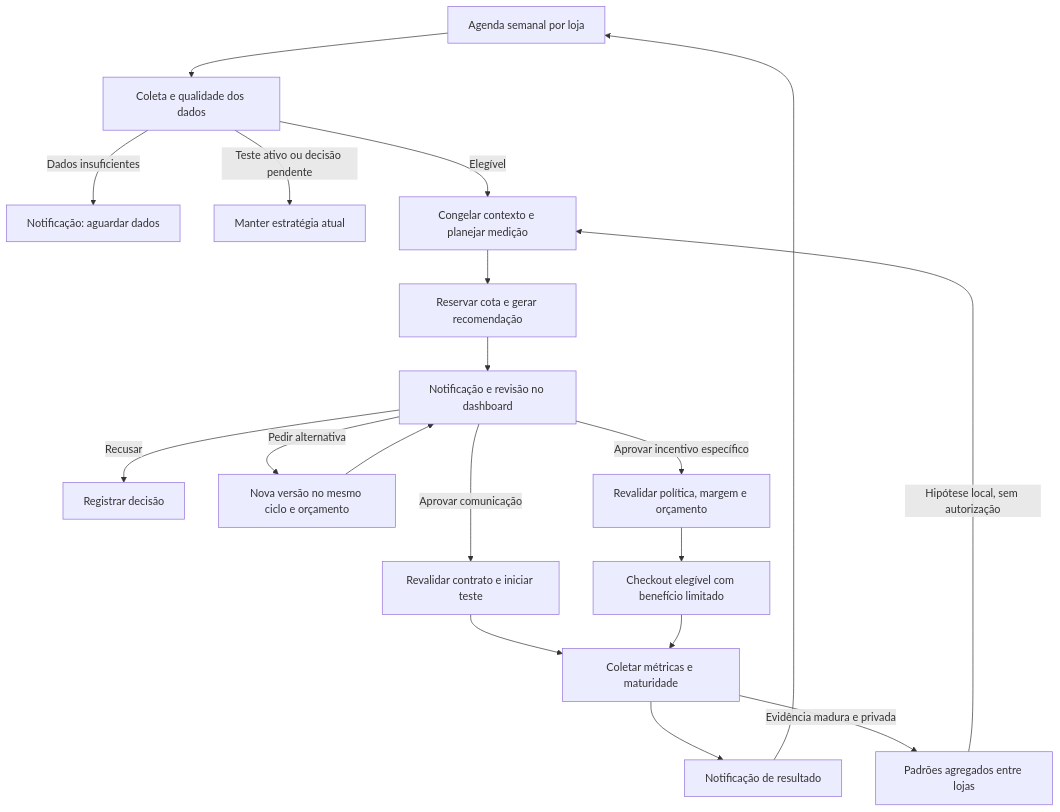
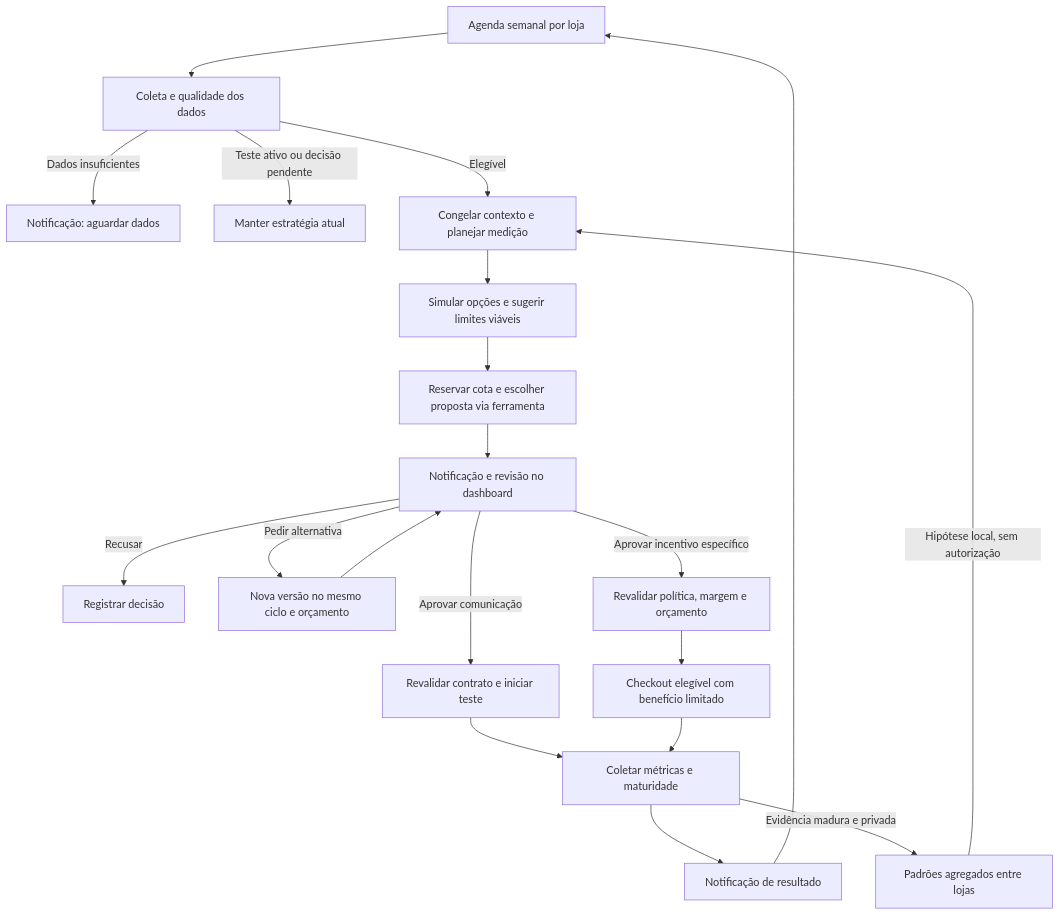
The diagram in docs/architecture/revenue-intelligence.md (costaadiego1989/zyon), drawn with Mermaid before and after one commit. The commit also changed other lines of this file and 2 other files, not shown here.

````diff
--- a/docs/architecture/revenue-intelligence.md
+++ b/docs/architecture/revenue-intelligence.md
@@ -15,21 +15,22 @@
 ```mermaid
 flowchart TD
     A[Agenda semanal por loja] --> B[Coleta e qualidade dos dados]
     B -->|Dados insuficientes| C[Notificação: aguardar dados]
     B -->|Teste ativo ou decisão pendente| D[Manter estratégia atual]
     B -->|Elegível| E[Congelar contexto e planejar medição]
-    E --> F[Reservar cota e gerar recomendação]
+    E --> E1[Simular opções e sugerir limites viáveis]
+    E1 --> F[Reservar cota e escolher proposta via ferramenta]
     F --> G[Notificação e revisão no dashboard]
     G -->|Recusar| H[Registrar decisão]
     G -->|Pedir alternativa| I[Nova versão no mesmo ciclo e orçamento]
     I --> G
     G -->|Aprovar comunicação| J[Revalidar contrato e iniciar teste]
     G -->|Aprovar incentivo específico| K[Revalidar política, margem e orçamento]
     K --> L[Checkout elegível com benefício limitado]
     J --> M[Coletar métricas e maturidade]
     L --> M
     M --> N[Notificação de resultado]
     N --> A
     M -->|Evidência madura e privada| O[Padrões agregados entre lojas]
     O -->|Hipótese local, sem autorização| E
 ```
````
